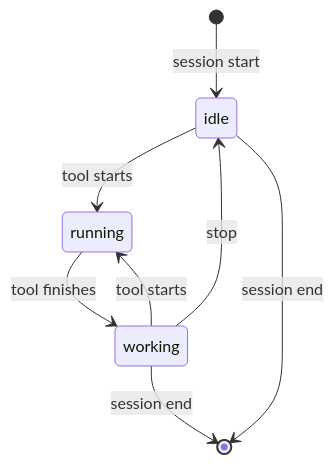
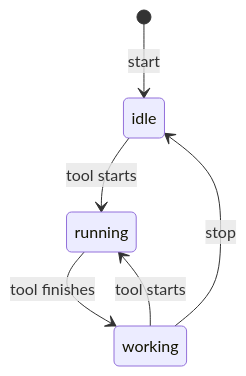
One commit to AJTJ/airunner changed the eighth of 8 diagrams in docs/design.md. Above: the diagram before and after it, drawn with Mermaid. The commit also changed other lines of this file and 1 other file, not shown here.

````diff
--- a/docs/design.md
+++ b/docs/design.md
@@ -593,10 +404,8 @@
 ```mermaid
 stateDiagram-v2
-  [*] --> idle: session start
+  [*] --> idle: start
+  idle --> running: tool starts
   working --> running: tool starts
   running --> working: tool finishes
   working --> idle: stop
-  idle --> running: tool starts
-  working --> [*]: session end
-  idle --> [*]: session end
 ```
````
